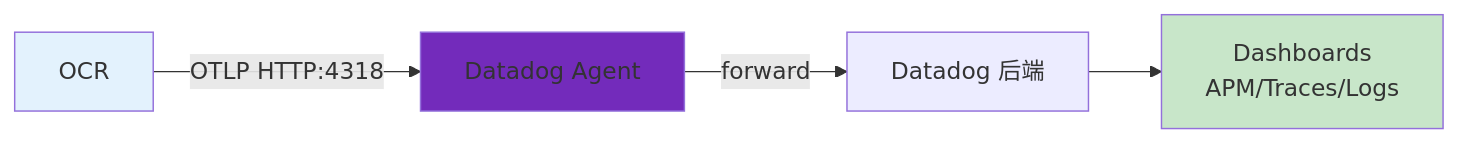
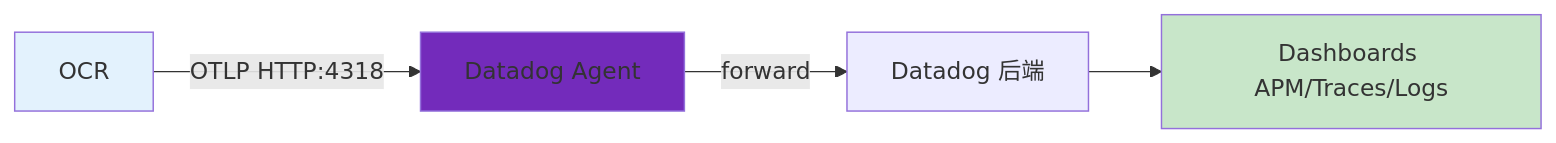
The tenth of 10 diagrams in doc/bundles/jishu/ai/products/open-code-review/concepts/05-session-telemetry.md (awesome-flexloop/awesome-okf), drawn with Mermaid before and after one commit. The commit also changed other lines of this file and 10 other files, not shown here.

First line of the commit message:
docs(bundle): 清偿 Open Code Review 存量 Mermaid 违规避免规范漂移累积

````diff
--- a/doc/bundles/jishu/ai/products/open-code-review/concepts/05-session-telemetry.md
+++ b/doc/bundles/jishu/ai/products/open-code-review/concepts/05-session-telemetry.md
@@ -590,10 +578,9 @@
 ```mermaid
 flowchart LR
-    OCR["OCR"] -->|OTLP HTTP:4318| DD["Datadog Agent"]
+    OCR["OCR"] -->|"OTLP HTTP:4318"| DD["Datadog Agent"]
     DD -->|forward| DDOG["Datadog 后端"]
-    DDOG --> DASH["Dashboards<br/>APM/Traces/Logs"]
-
+    DDOG --> DASH["Dashboards APM/Traces/Logs"]
     style OCR fill:#e3f2fd
     style DD fill:#732bbb
     style DASH fill:#c8e6c9
 ```
````
